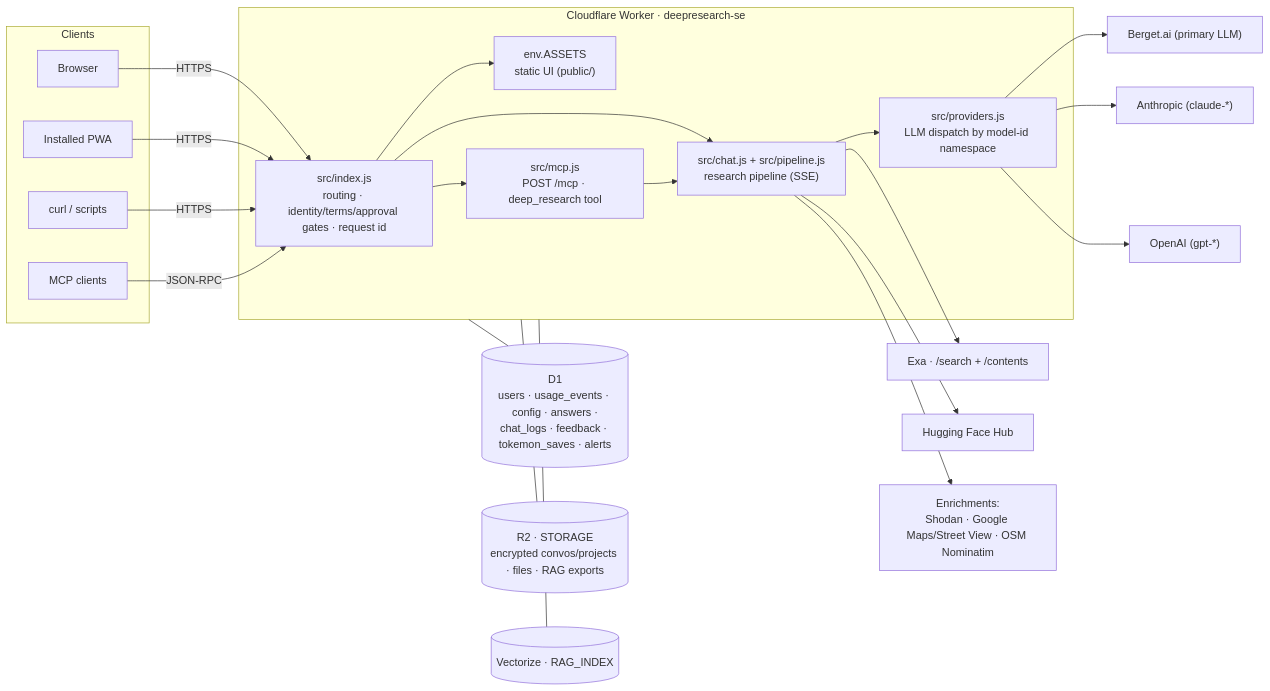
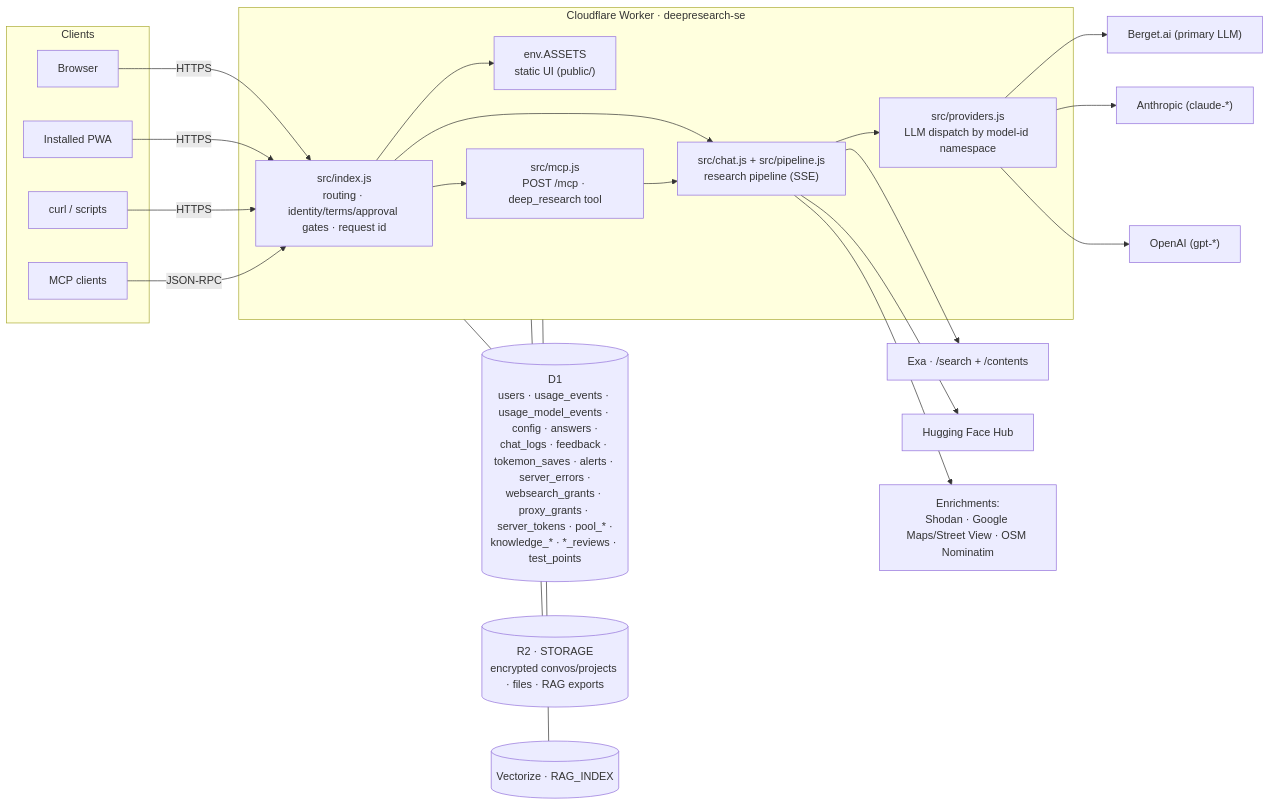
Before and after one commit to kristerhedfors/Deepresearch.se: the first of 2 diagrams in docs/ARCHITECTURE.md, drawn with Mermaid. The commit also changed other lines of this file and 8 other files, not shown here.

````diff
--- a/docs/ARCHITECTURE.md
+++ b/docs/ARCHITECTURE.md
@@ -48,38 +50,38 @@
 ```mermaid
 flowchart LR
     subgraph Clients
         B[Browser]
         P[Installed PWA]
         C[curl / scripts]
         A2[MCP clients]
     end
 
     subgraph CF["Cloudflare Worker · deepresearch-se"]
         IX["src/index.js<br/>routing · identity/terms/approval gates · request id"]
         A["env.ASSETS<br/>static UI (public/)"]
         CH["src/chat.js + src/pipeline.js<br/>research pipeline (SSE)"]
         MC["src/mcp.js<br/>POST /mcp · deep_research tool"]
         PR["src/providers.js<br/>LLM dispatch by model-id namespace"]
     end
 
-    D1[("D1<br/>users · usage_events · config · answers ·<br/>chat_logs · feedback · tokemon_saves · alerts")]
+    D1[("D1<br/>users · usage_events · usage_model_events · config · answers ·<br/>chat_logs · feedback · tokemon_saves · alerts · server_errors ·<br/>websearch_grants · proxy_grants · server_tokens · pool_* ·<br/>knowledge_* · *_reviews · test_points")]
     R2[("R2 · STORAGE<br/>encrypted convos/projects · files · RAG exports")]
     VX[("Vectorize · RAG_INDEX")]
     BG["Berget.ai (primary LLM)"]
     AN["Anthropic (claude-*)"]
     OA["OpenAI (gpt-*)"]
     EX["Exa · /search + /contents"]
     HF["Hugging Face Hub"]
     EN["Enrichments:<br/>Shodan · Google Maps/Street View · OSM Nominatim"]
 
     B & P & C -->|HTTPS| IX
     A2 -->|JSON-RPC| IX
     IX --> A
     IX --> CH
     IX --> MC
     MC --> CH
     CH --> PR
     PR --> BG & AN & OA
     CH --> EX & HF & EN
     CF --- D1 & R2 & VX
 ```
````
